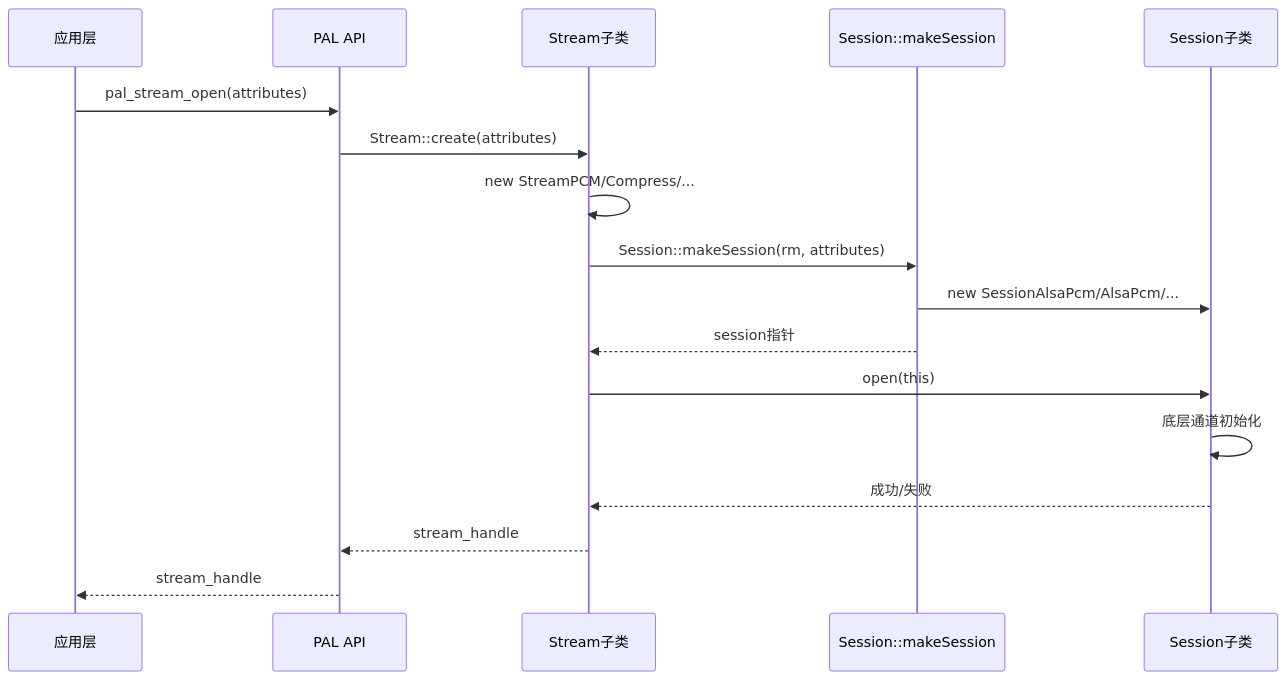
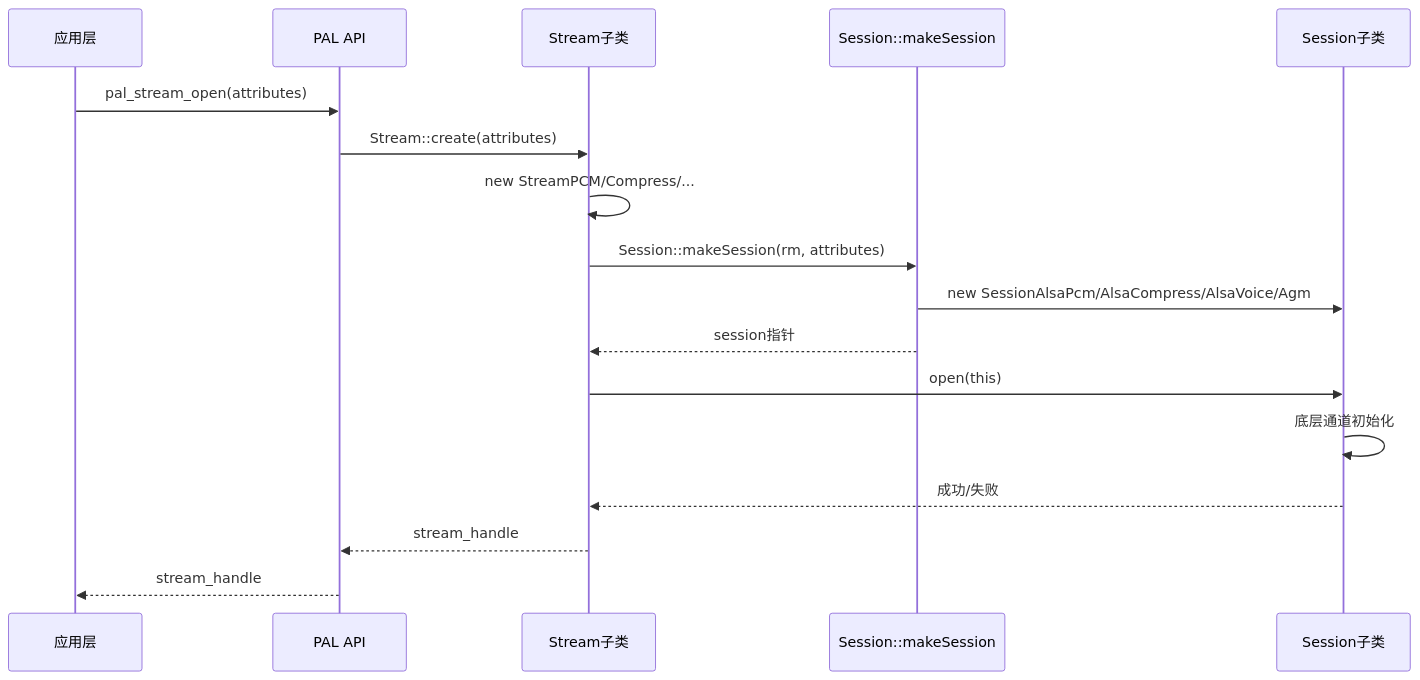
Before and after one commit to yanglinzhen1022/SA8295_AAOS_QNX_Audio_KnowledgeBase: diagram 19 of 20 in 15_PAL_Architecture/15_15.5_核心类层次图-Stream-Device-Session.md, drawn with Mermaid. The commit also changed other lines of this file and 6 other files, not shown here.

````diff
--- a/15_PAL_Architecture/15_15.5_核心类层次图-Stream-Device-Session.md
+++ b/15_PAL_Architecture/15_15.5_核心类层次图-Stream-Device-Session.md
@@ -1672,20 +1688,20 @@
 ```mermaid
 sequenceDiagram
     participant App as 应用层
     participant PAL as PAL API
     participant Stream as Stream子类
     participant Factory as Session::makeSession
     participant Session as Session子类
 
     App->>PAL: pal_stream_open(attributes)
     PAL->>Stream: Stream::create(attributes)
     Stream->>Stream: new StreamPCM/Compress/...
     Stream->>Factory: Session::makeSession(rm, attributes)
-    Factory->>Session: new SessionAlsaPcm/AlsaPcm/...
+    Factory->>Session: new SessionAlsaPcm/AlsaCompress/AlsaVoice/Agm
     Factory-->>Stream: session指针
     Stream->>Session: open(this)
     Session->>Session: 底层通道初始化
     Session-->>Stream: 成功/失败
     Stream-->>PAL: stream_handle
     PAL-->>App: stream_handle
 ```
````
